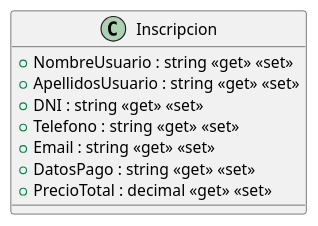
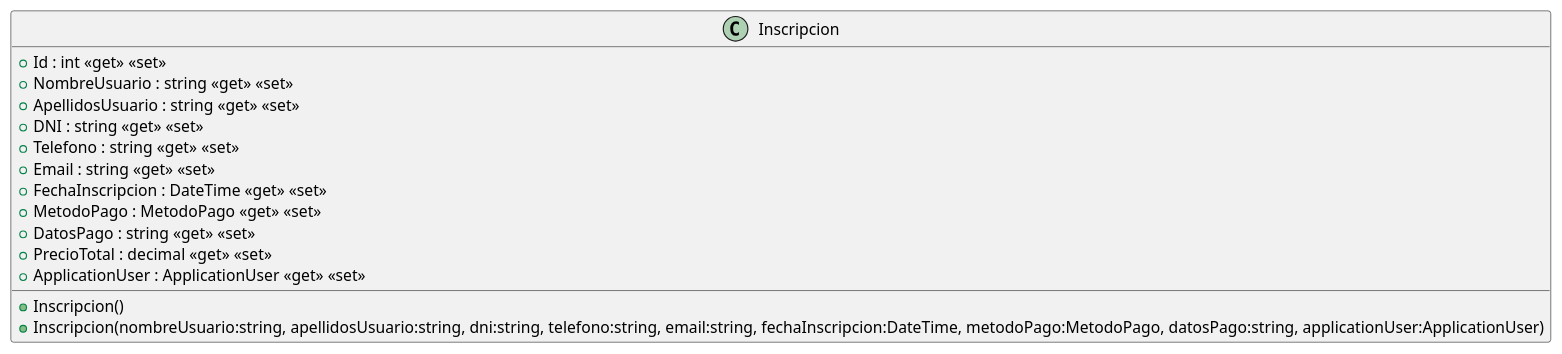
One commit to EQUIPO-AJR-IS-2/ISII2627EquipoAJR changed the diagram in src/AppForSEII.API/ClassDiagram/Inscripcion.puml. Above: the diagram before and after it, drawn with PlantUML. The commit also changed 5 other files, not shown here.

```diff
--- a/src/AppForSEII.API/ClassDiagram/Inscripcion.puml
+++ b/src/AppForSEII.API/ClassDiagram/Inscripcion.puml
@@ -1,11 +1,17 @@
 @startuml
 class Inscripcion {
+    + Inscripcion()
+    + Inscripcion(nombreUsuario:string, apellidosUsuario:string, dni:string, telefono:string, email:string, fechaInscripcion:DateTime, metodoPago:MetodoPago, datosPago:string, applicationUser:ApplicationUser)
+    + Id : int <<get>> <<set>>
     + NombreUsuario : string <<get>> <<set>>
     + ApellidosUsuario : string <<get>> <<set>>
     + DNI : string <<get>> <<set>>
     + Telefono : string <<get>> <<set>>
     + Email : string <<get>> <<set>>
+    + FechaInscripcion : DateTime <<get>> <<set>>
+    + MetodoPago : MetodoPago <<get>> <<set>>
     + DatosPago : string <<get>> <<set>>
     + PrecioTotal : decimal <<get>> <<set>>
+    + ApplicationUser : ApplicationUser <<get>> <<set>>
 }
 @enduml
```
